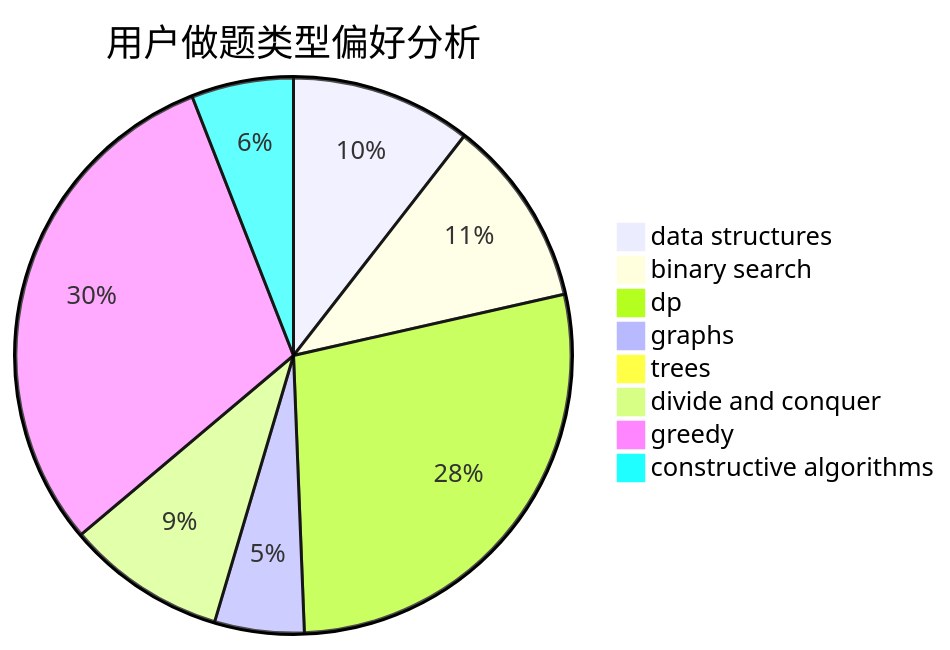
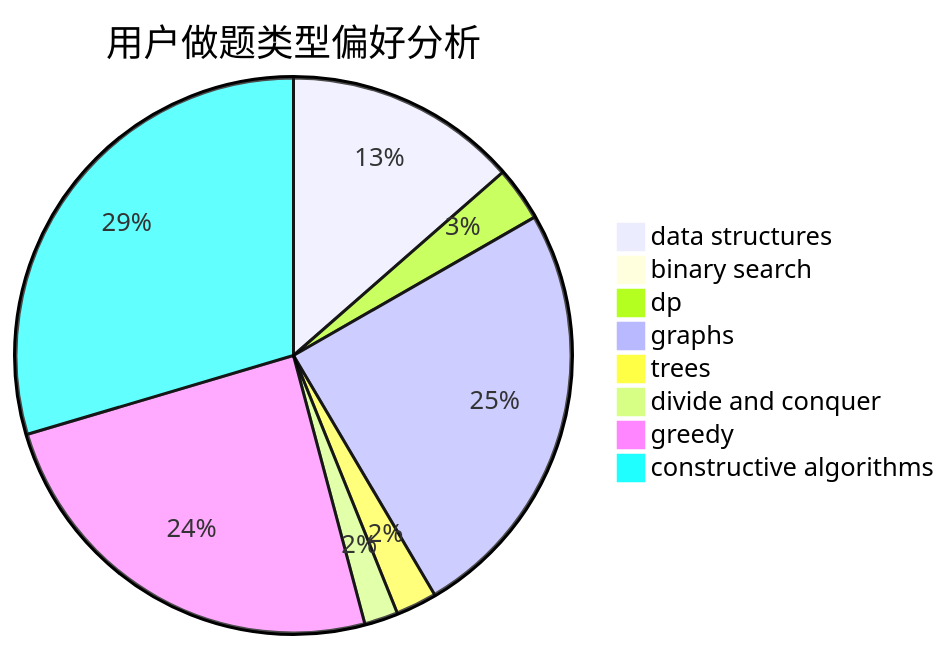
One commit to sherpahu/cfrs.github.io changed the second of 3 diagrams in docs/user/u55.md. Above: the diagram before and after it, drawn with Mermaid. The commit also changed other lines of this file and 2770 other files, not shown here.

````diff
--- a/docs/user/u55.md
+++ b/docs/user/u55.md
@@ -23,11 +23,11 @@
 ```mermaid
 pie title 用户做题类型偏好分析
-    "data structures" :  101
-    "binary search" :  105
-    "dp" :  268
-    "graphs" :  50
-    "trees" :  5
-    "divide and conquer" :  89
-    "greedy" :  290
-    "constructive algorithms" :  57
+    "data structures" :  159
+    "binary search" :  11
+    "dp" :  37
+    "graphs" :  291
+    "trees" :  28
+    "divide and conquer" :  23
+    "greedy" :  288
+    "constructive algorithms" :  347
 ```
````
